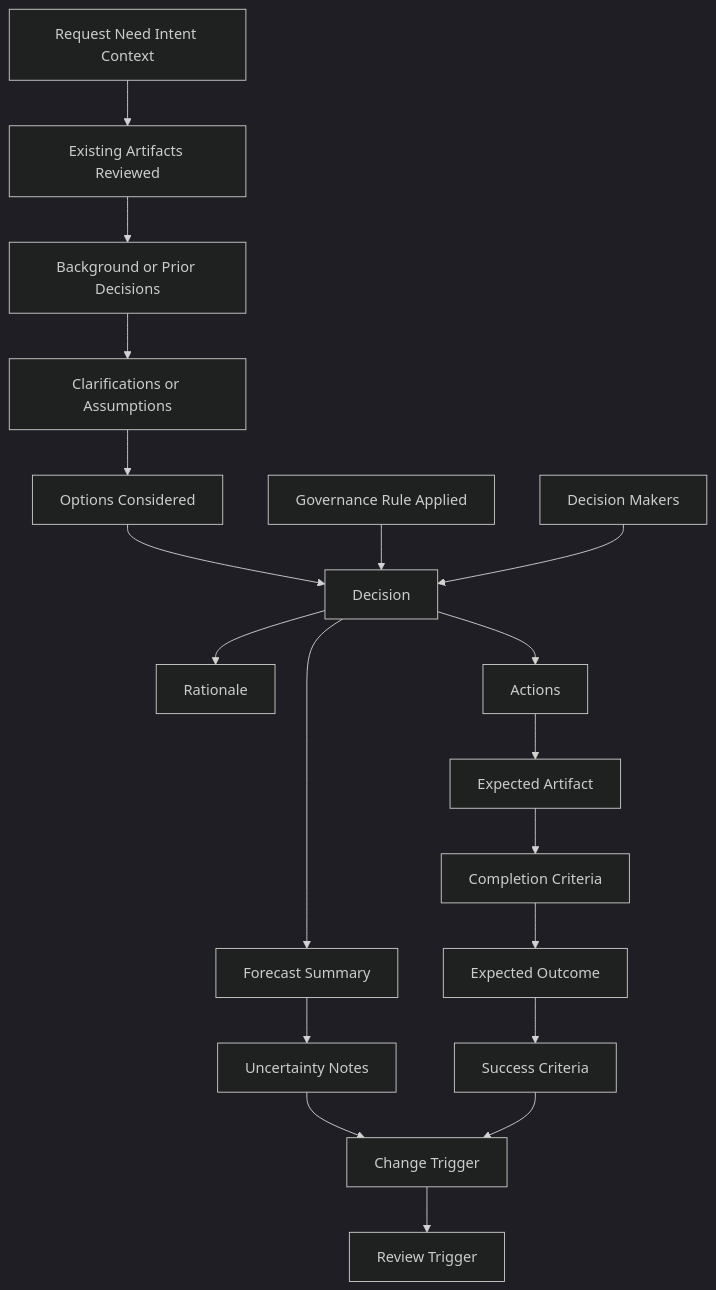
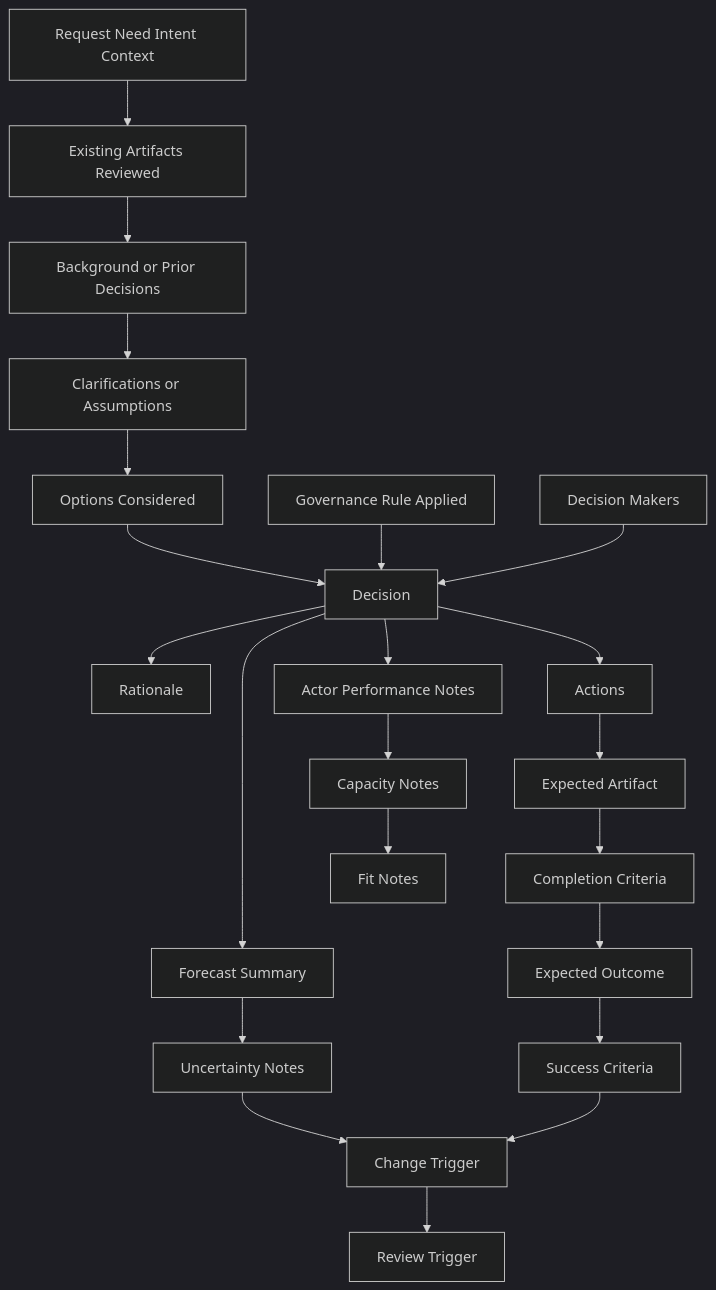
One commit to popcoondev/ai-organization-framework changed the third of 4 diagrams in README.md. Above: the diagram before and after it, drawn with Mermaid (dark theme). The commit also changed other lines of this file and 6 other files, not shown here.

Commit message:
Define performance and capacity model

````diff
--- a/README.md
+++ b/README.md
@@ -422,37 +436,43 @@
 ```mermaid
 flowchart TD
     input[Request Need Intent Context]
     reviewed[Existing Artifacts Reviewed]
     history[Background or Prior Decisions]
     clarify[Clarifications or Assumptions]
     options[Options Considered]
     gov[Governance Rule Applied]
     deciders[Decision Makers]
     decision[Decision]
     rationale[Rationale]
     actions[Actions]
     artifact[Expected Artifact]
     outcome[Expected Outcome]
     done[Completion Criteria]
     success[Success Criteria]
     forecast[Forecast Summary]
     uncertain[Uncertainty Notes]
     trigger[Change Trigger]
+    performance[Actor Performance Notes]
+    capacity[Capacity Notes]
+    fit[Fit Notes]
     review[Review Trigger]
 
     input --> reviewed --> history --> clarify --> options
     options --> decision
     gov --> decision
     deciders --> decision
     decision --> rationale
     decision --> forecast
     forecast --> uncertain
     uncertain --> trigger
+    decision --> performance
+    performance --> capacity
+    capacity --> fit
     decision --> actions
     actions --> artifact
     artifact --> done
     done --> outcome
     outcome --> success
     success --> trigger
     trigger --> review
 ```
````
